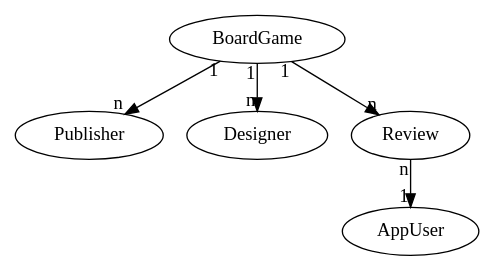
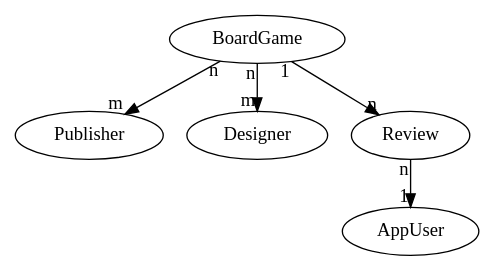
The diagram in docs/tutorial/domain.rst (walmartlabs/lacinia), drawn with Graphviz before and after one commit.

Commit message:
Fix up the domain diagram in the tutorial

```diff
--- a/docs/tutorial/domain.rst
+++ b/docs/tutorial/domain.rst
@@ -10,14 +10,15 @@
 .. graphviz::
 
    digraph {
 
     BoardGame
     Publisher
     Designer
     AppUser
     Review
 
-    BoardGame -> {Designer, Review, Publisher} [taillabel="1", headlabel="n"]
+    BoardGame -> Review [taillabel="1", headlabel="n"]
+    BoardGame -> {Publisher, Designer} [taillabel="n", headlabel="m"]
     Review -> AppUser [taillabel="n", headlabel="1" ]
 
    }
```
